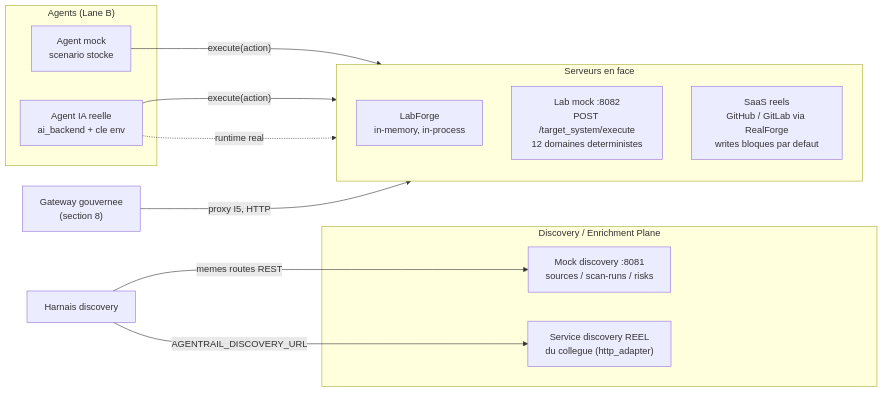
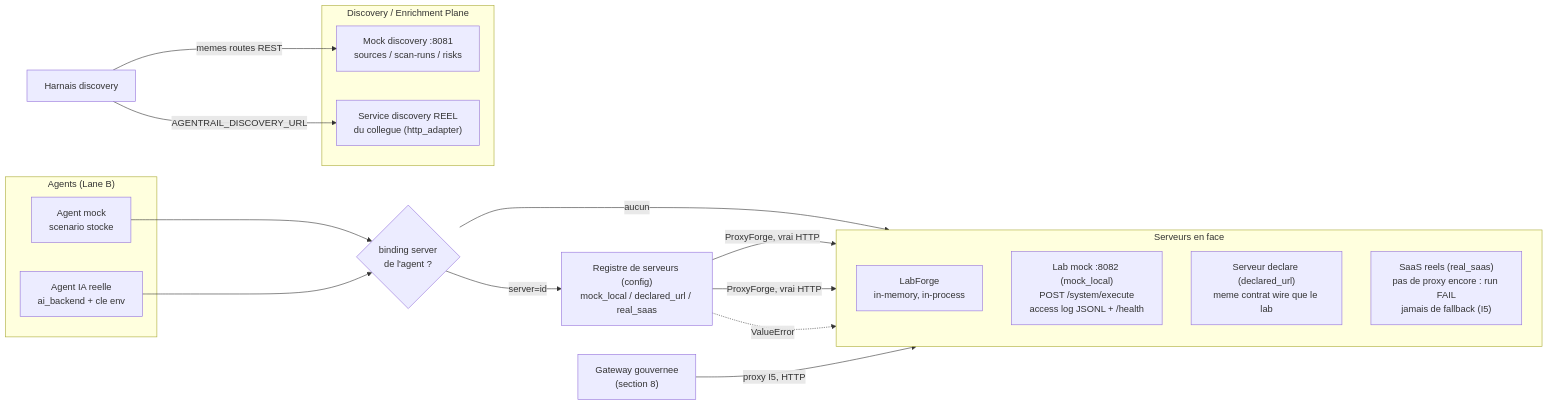
Before and after one commit to mo0ogly/recette_IA_agents: the fourth of 12 diagrams in docs/ARCHITECTURE.md, drawn with Mermaid. The commit also changed other lines of this file and 1 other file, not shown here.

First line of the commit message:
docs(architecture): server registry routing + JSONL access log as runtime capture

````diff
--- a/docs/ARCHITECTURE.md
+++ b/docs/ARCHITECTURE.md
@@ -218,23 +218,30 @@
 ```mermaid
 flowchart LR
   subgraph AGENTS["Agents (Lane B)"]
     A1["Agent mock<br/>scenario stocke"]
     A2["Agent IA reelle<br/>ai_backend + cle env"]
   end
+  ROUTE{"binding server<br/>de l'agent ?"}
+  REG["Registre de serveurs (config)<br/>mock_local / declared_url / real_saas"]
   subgraph SRV["Serveurs en face"]
     direction TB
     LF["LabForge<br/>in-memory, in-process"]
-    LAB["Lab mock :8082<br/>POST /target_system/execute<br/>12 domaines deterministes"]
-    REAL["SaaS reels<br/>GitHub / GitLab via RealForge<br/>writes bloques par defaut"]
+    LAB["Lab mock :8082 (mock_local)<br/>POST /system/execute<br/>access log JSONL + /health"]
+    DECL["Serveur declare (declared_url)<br/>meme contrat wire que le lab"]
+    REAL["SaaS reels (real_saas)<br/>pas de proxy encore : run FAIL<br/>jamais de fallback (I5)"]
   end
   subgraph DPLANE["Discovery / Enrichment Plane"]
     DM["Mock discovery :8081<br/>sources / scan-runs / risks"]
     DR["Service discovery REEL<br/>du collegue (http_adapter)"]
   end
-  A1 -->|"execute(action)"| LF
-  A2 -->|"execute(action)"| LF
+  A1 --> ROUTE
+  A2 --> ROUTE
+  ROUTE -->|"aucun"| LF
+  ROUTE -->|"server=id"| REG
+  REG -->|"ProxyForge, vrai HTTP"| LAB
+  REG -->|"ProxyForge, vrai HTTP"| DECL
+  REG -.->|"ValueError"| REAL
   GW2["Gateway gouvernee<br/>(section 8)"] -->|"proxy I5, HTTP"| LAB
-  A2 -.->|"runtime real"| REAL
   HARN2["Harnais discovery"] -->|"memes routes REST"| DM
   HARN2 -->|"AGENTRAIL_DISCOVERY_URL"| DR
 ```
````
